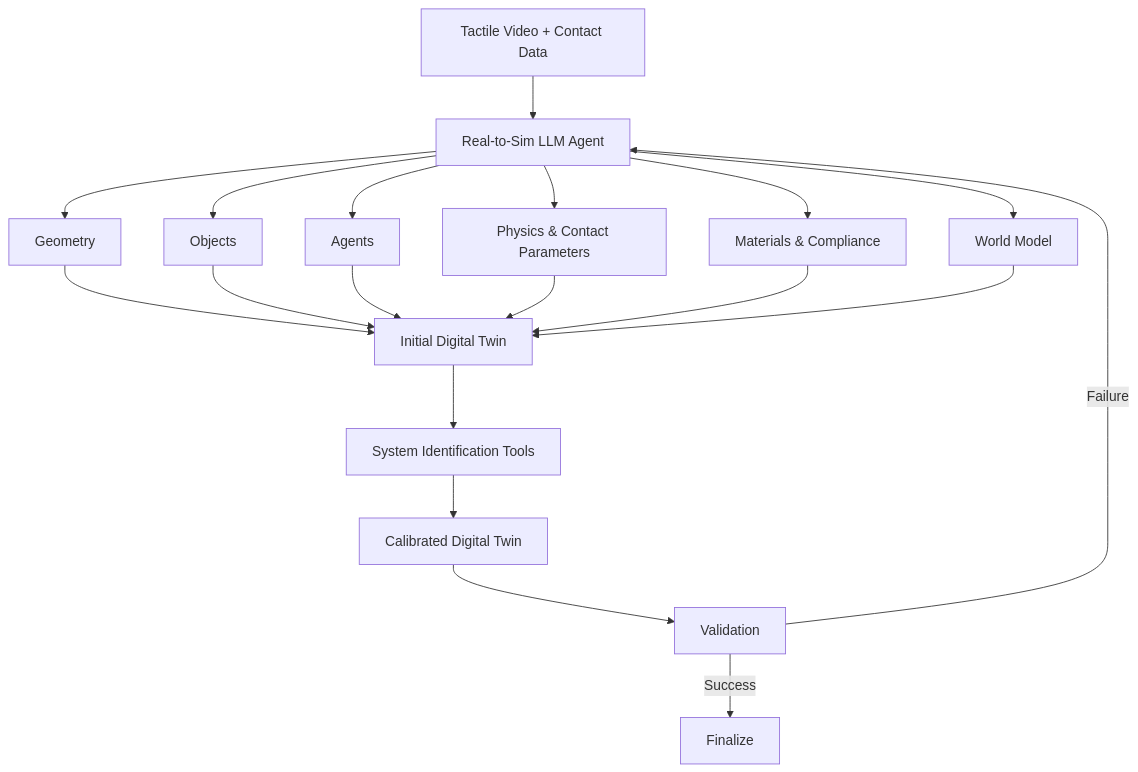
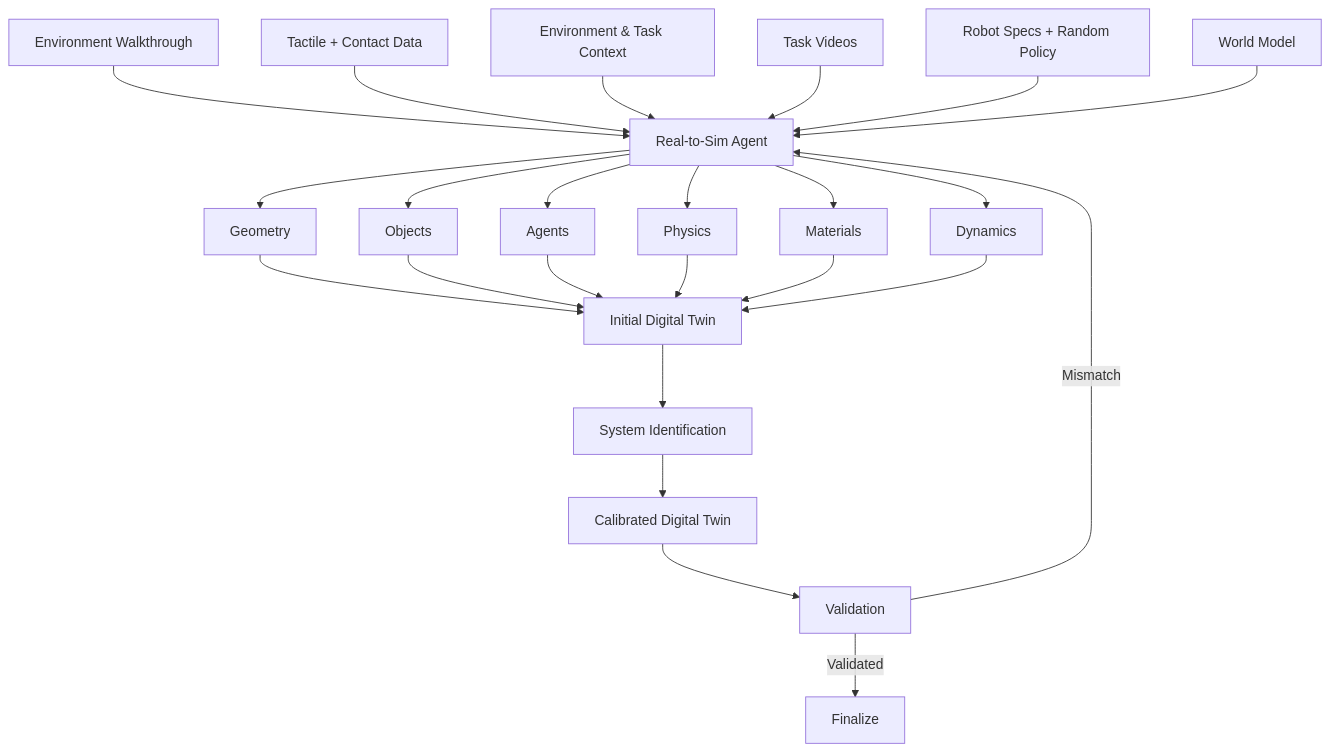
Before and after one commit to Freelunch-AI/freelunch-ide: the sixth of 15 diagrams in docs/specs/post-demo/lunch_robotics.md, drawn with Mermaid. The commit also changed other lines of this file, not shown here.

````diff
--- a/docs/specs/post-demo/lunch_robotics.md
+++ b/docs/specs/post-demo/lunch_robotics.md
@@ -102,25 +425,30 @@
 ```mermaid
 flowchart TD
-    A["Tactile Video + Contact Data"] --> B["Real-to-Sim LLM Agent"]
+    A["Environment Walkthrough"] --> B["Real-to-Sim Agent"]
+    C["Tactile + Contact Data"] --> B
+    D["Environment & Task Context"] --> B
+    E["Task Videos"] --> B
+    F["Robot Specs + Random Policy"] --> B
+    G["World Model"] --> B
 
-    B --> C["Geometry"]
-    B --> D["Objects"]
-    B --> E["Agents"]
-    B --> F["Physics & Contact Parameters"]
-    B --> G["Materials & Compliance"]
-    B --> H["World Model"]
+    B --> H["Geometry"]
+    B --> I["Objects"]
+    B --> J["Agents"]
+    B --> K["Physics"]
+    B --> L["Materials"]
+    B --> M["Dynamics"]
 
-    C --> I["Initial Digital Twin"]
-    D --> I
-    E --> I
-    F --> I
-    G --> I
-    H --> I
+    H --> N["Initial Digital Twin"]
+    I --> N
+    J --> N
+    K --> N
+    L --> N
+    M --> N
 
-    I --> J["System Identification Tools"]
-    J --> K["Calibrated Digital Twin"]
-    K --> L["Validation"]
+    N --> O["System Identification"]
+    O --> P["Calibrated Digital Twin"]
 
-    L -->|"Failure"| B
-    L -->|"Success"| M["Finalize"]
+    P --> Q["Validation"]
+    Q -->|"Mismatch"| B
+    Q -->|"Validated"| R["Finalize"]
 ```
````
